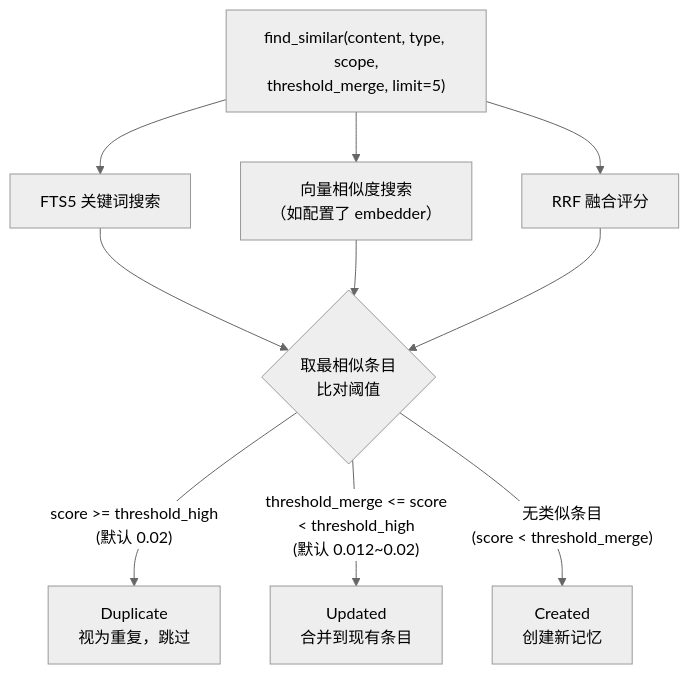
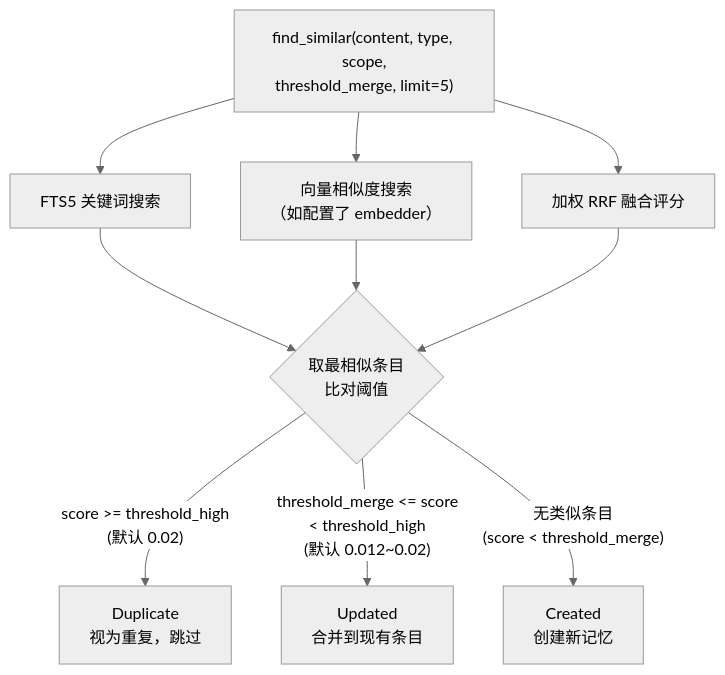
One commit to shiwenwen/hope-agent changed the first of 4 diagrams in docs/memory-system-comparison.md. Above: the diagram before and after it, drawn with Mermaid (neutral theme). The commit also changed other lines of this file and 14 other files, not shown here.

````diff
--- a/docs/memory-system-comparison.md
+++ b/docs/memory-system-comparison.md
@@ -79,13 +95,13 @@
 ```mermaid
 flowchart TD
     A["find_similar(content, type, scope,\nthreshold_merge, limit=5)"]
     A --> A1["FTS5 关键词搜索"]
     A --> A2["向量相似度搜索\n（如配置了 embedder）"]
-    A --> A3["RRF 融合评分"]
+    A --> A3["加权 RRF 融合评分"]
 
     A1 & A2 & A3 --> B{"取最相似条目\n比对阈值"}
 
     B -- "score >= threshold_high\n(默认 0.02)" --> DUP["Duplicate\n视为重复，跳过"]
     B -- "threshold_merge <= score\n< threshold_high\n(默认 0.012~0.02)" --> UPD["Updated\n合并到现有条目"]
     B -- "无类似条目\n(score < threshold_merge)" --> NEW["Created\n创建新记忆"]
 ```
````
